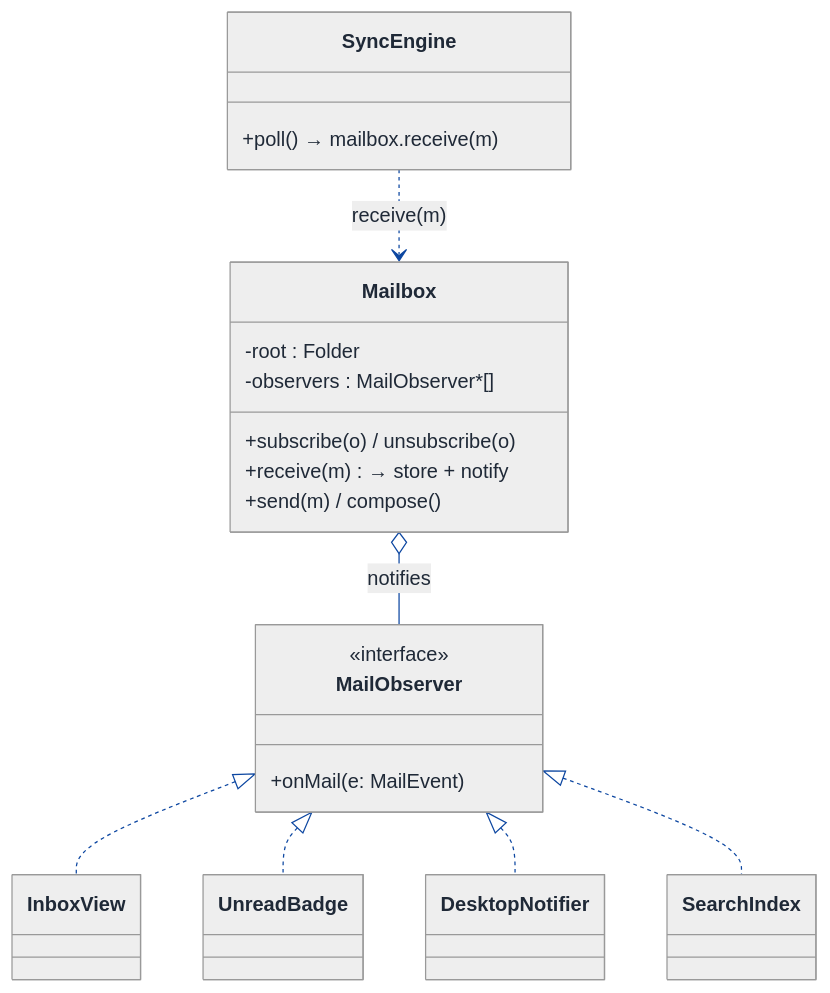
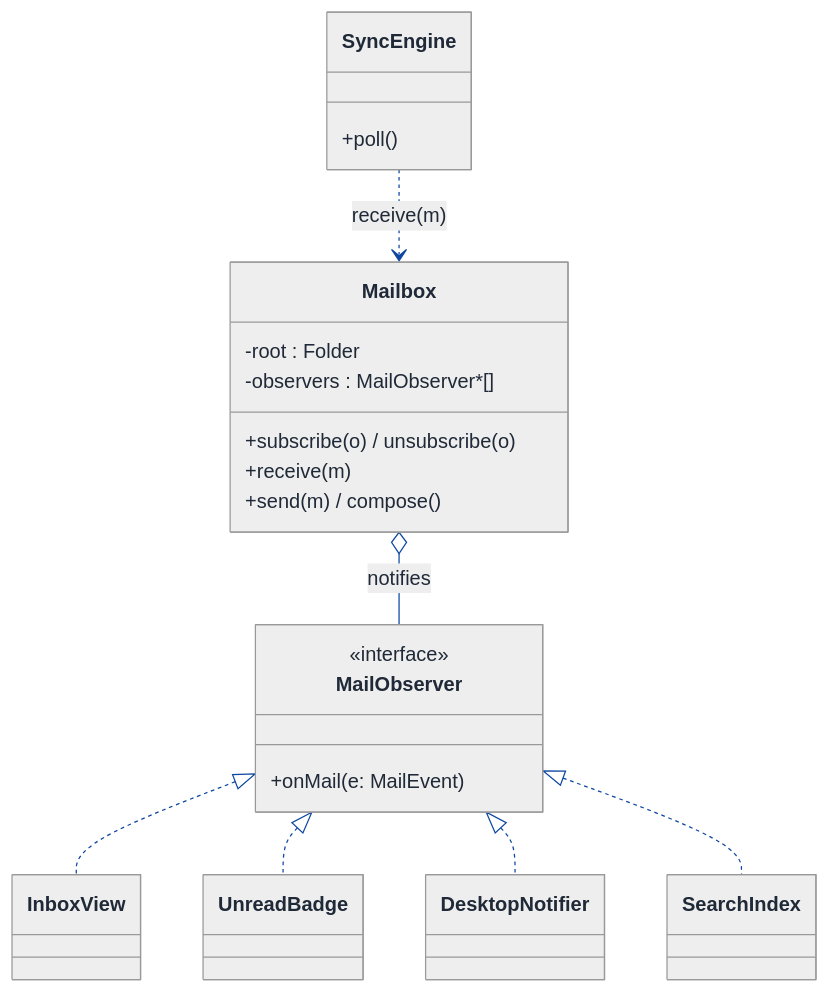
One commit to Prateek-5/question-bank changed the fourth of 6 diagrams in LLD/Topics/Observer_Pattern/Email_Client.md. Above: the diagram before and after it, drawn with Mermaid. The commit also changed other lines of this file and 61 other files, not shown here.

First line of the commit message:
Fix invalid mermaid classDiagram member syntax across LLD walkthroughs

````diff
--- a/LLD/Topics/Observer_Pattern/Email_Client.md
+++ b/LLD/Topics/Observer_Pattern/Email_Client.md
@@ -662,60 +662,60 @@
 ```mermaid
 ---
 config:
   theme: neutral
   themeVariables:
     background: '#ffffff'
     primaryColor: '#cfe2ff'
     primaryTextColor: '#1f2937'
     primaryBorderColor: '#084298'
     secondaryColor: '#fff3cd'
     secondaryTextColor: '#1f2937'
     secondaryBorderColor: '#664d03'
     tertiaryColor: '#d1e7dd'
     tertiaryTextColor: '#1f2937'
     tertiaryBorderColor: '#0a3622'
     lineColor: '#0d47a1'
     textColor: '#1f2937'
     noteBkgColor: '#fff3cd'
     noteTextColor: '#1f2937'
     noteBorderColor: '#997404'
     actorBkg: '#cfe2ff'
     actorBorder: '#084298'
     actorTextColor: '#1f2937'
     signalColor: '#0d47a1'
     signalTextColor: '#1f2937'
     labelBoxBkgColor: '#ffffff'
     labelBoxBorderColor: '#d3d3d3'
     labelTextColor: '#1f2937'
     edgeLabelBackground: '#ffffff'
     labelBackground: '#ffffff'
     classText: '#1f2937'
     fontFamily: 'system-ui, -apple-system, Segoe UI, Helvetica, Arial, sans-serif'
 ---
 classDiagram
   direction TB
   class SyncEngine {
-    +poll() → mailbox.receive(m)
+    +poll()
   }
   class Mailbox {
     -root : Folder
     -observers : MailObserver*[]
     +subscribe(o) / unsubscribe(o)
-    +receive(m) → store + notify
+    +receive(m)
     +send(m) / compose()
   }
   class MailObserver {
     <<interface>>
     +onMail(e: MailEvent)
   }
   class InboxView
   class UnreadBadge
   class DesktopNotifier
   class SearchIndex
   SyncEngine ..> Mailbox : receive(m)
   Mailbox o-- MailObserver : notifies
   MailObserver <|.. InboxView
   MailObserver <|.. UnreadBadge
   MailObserver <|.. DesktopNotifier
   MailObserver <|.. SearchIndex
 ```
````
